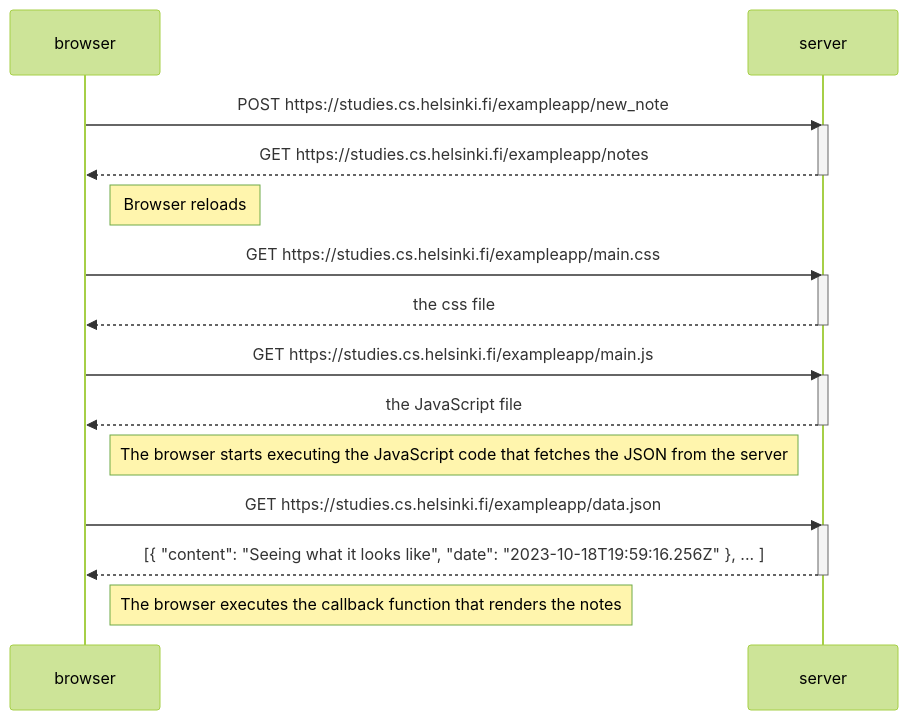
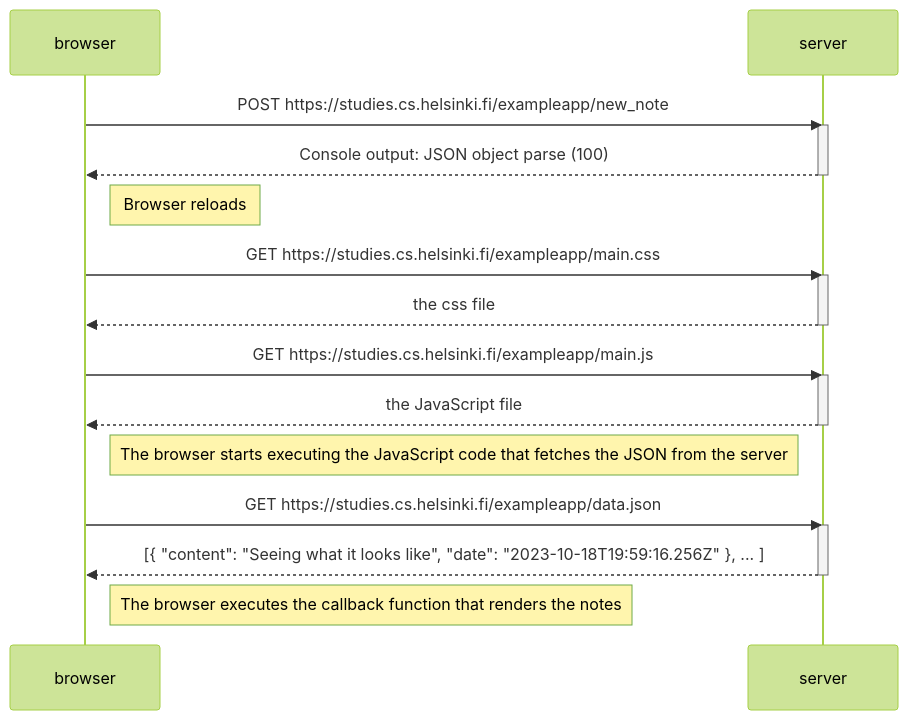
One commit to Steve-T-Pham/fullstackopen2023 changed the diagram in part0/exercise04.md. Above: the diagram before and after it, drawn with Mermaid (forest theme). The commit also changed 1 other file, not shown here.

Commit message:
part0 completion

````diff
--- a/part0/exercise04.md
+++ b/part0/exercise04.md
@@ -1,31 +1,31 @@
 ```mermaid
 sequenceDiagram
     participant browser
     participant server
 
     browser->>server: POST https://studies.cs.helsinki.fi/exampleapp/new_note
     activate server
-    server-->>browser: GET https://studies.cs.helsinki.fi/exampleapp/notes
+    server-->>browser: Console output: JSON object parse (100)
     deactivate server
 
     Note right of browser: Browser reloads 
 
     browser->>server: GET https://studies.cs.helsinki.fi/exampleapp/main.css
     activate server
     server-->>browser: the css file
     deactivate server
 
     browser->>server: GET https://studies.cs.helsinki.fi/exampleapp/main.js
     activate server
     server-->>browser: the JavaScript file
     deactivate server
 
     Note right of browser: The browser starts executing the JavaScript code that fetches the JSON from the server
 
     browser->>server: GET https://studies.cs.helsinki.fi/exampleapp/data.json
     activate server
     server-->>browser: [{ "content": "Seeing what it looks like", "date": "2023-10-18T19:59:16.256Z" }, ... ]
     deactivate server
 
     Note right of browser: The browser executes the callback function that renders the notes
 ```
````
